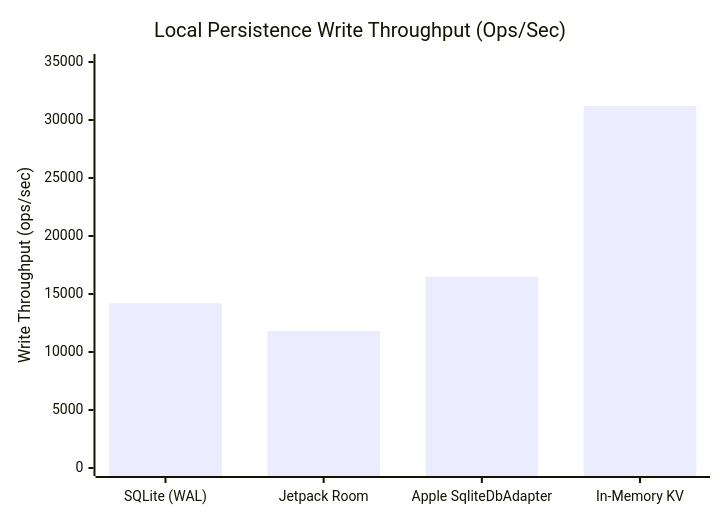
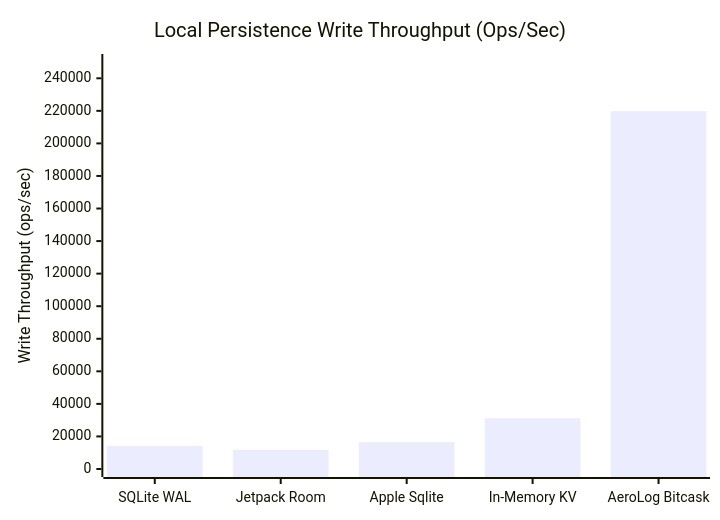
One commit to untacorp/airdb changed the diagram in docs/manual/persistence/index.md. Above: the diagram before and after it, drawn with Mermaid. The commit also changed other lines of this file and 4 other files, not shown here.

````diff
--- a/docs/manual/persistence/index.md
+++ b/docs/manual/persistence/index.md
@@ -78,7 +78,7 @@
 ```mermaid
 xychart-beta
     title "Local Persistence Write Throughput (Ops/Sec)"
-    x-axis ["SQLite (WAL)", "Jetpack Room", "Apple SqliteDbAdapter", "In-Memory KV"]
-    y-axis "Write Throughput (ops/sec)" 0 --> 35000
-    bar [14200, 11800, 16500, 31200]
+    x-axis ["SQLite WAL", "Jetpack Room", "Apple Sqlite", "In-Memory KV", "AeroLog Bitcask"]
+    y-axis "Write Throughput (ops/sec)" 0 --> 250000
+    bar [14200, 11800, 16500, 31200, 219800]
 ```
````
